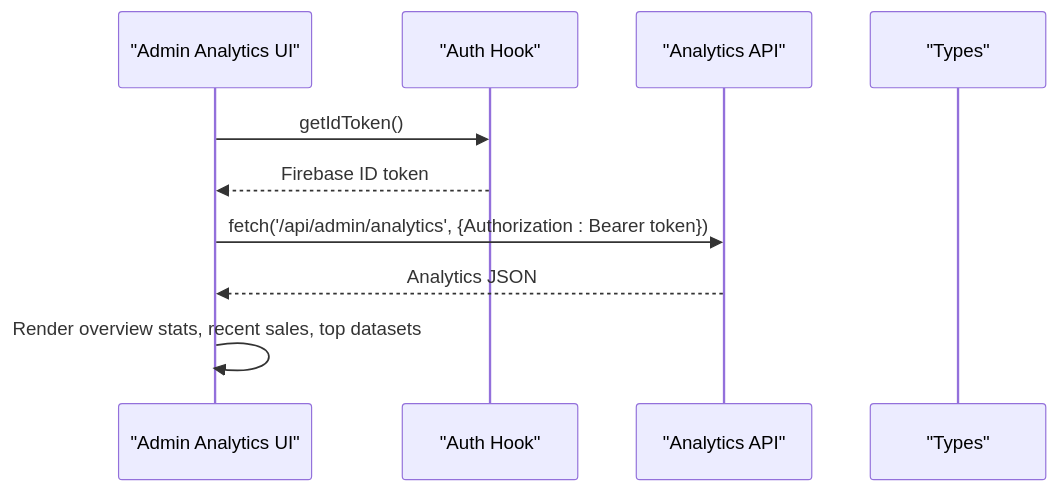
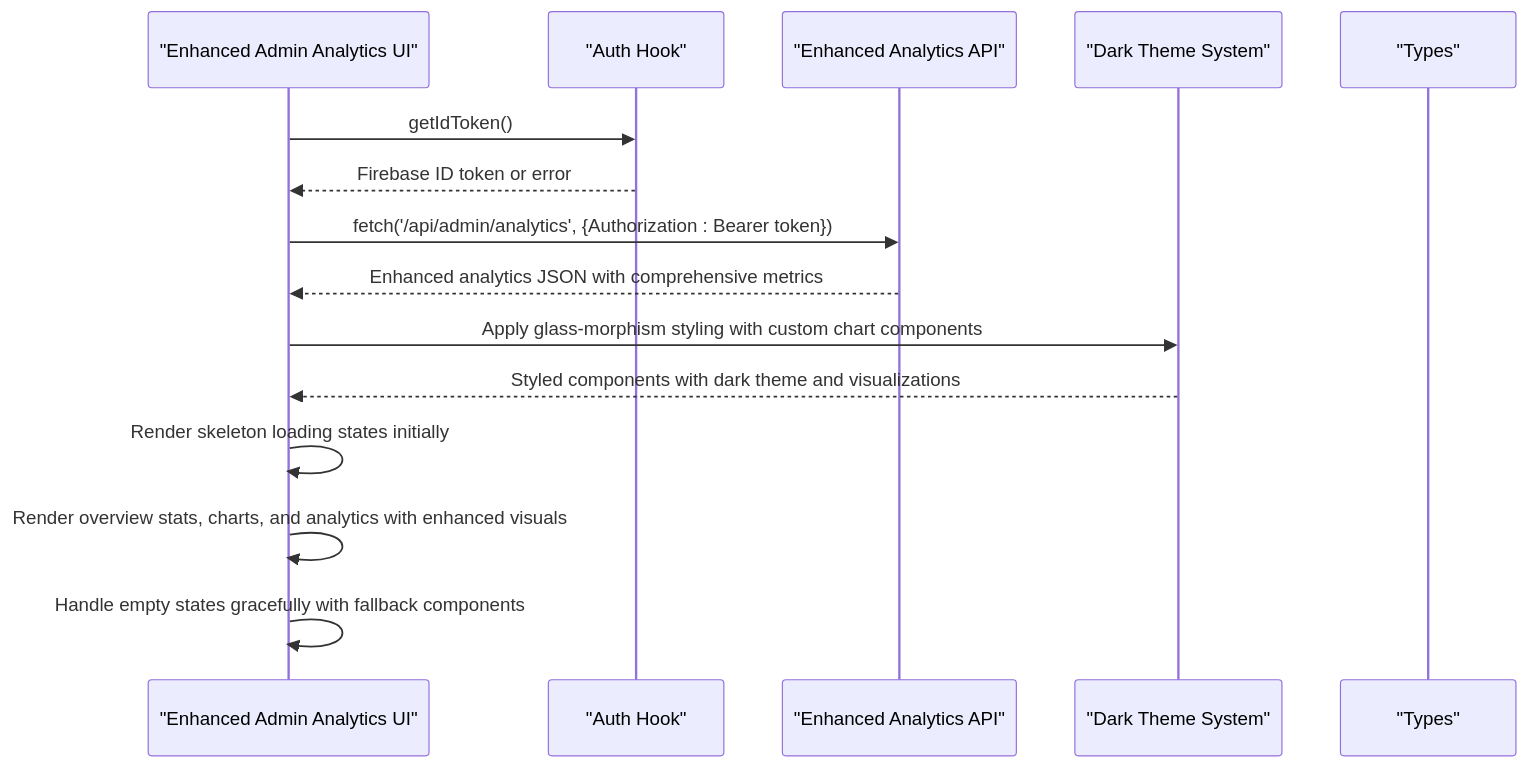
The sixth of 6 diagrams in .qoder/repowiki/en/content/Admin Panel/Analytics and Reporting System.md (alikizang/datafrica), drawn with Mermaid before and after one commit. The commit also changed other lines of this file and 21 other files, not shown here.

````diff
--- a/.qoder/repowiki/en/content/Admin Panel/Analytics and Reporting System.md
+++ b/.qoder/repowiki/en/content/Admin Panel/Analytics and Reporting System.md
@@ -188,12 +421,17 @@
 ```mermaid
 sequenceDiagram
-participant UI as "Admin Analytics UI"
+participant UI as "Enhanced Admin Analytics UI"
 participant Auth as "Auth Hook"
-participant API as "Analytics API"
+participant API as "Enhanced Analytics API"
+participant Theme as "Dark Theme System"
 participant Types as "Types"
 UI->>Auth : getIdToken()
-Auth-->>UI : Firebase ID token
+Auth-->>UI : Firebase ID token or error
 UI->>API : fetch('/api/admin/analytics', {Authorization : Bearer token})
-API-->>UI : Analytics JSON
-UI->>UI : Render overview stats, recent sales, top datasets
+API-->>UI : Enhanced analytics JSON with comprehensive metrics
+UI->>Theme : Apply glass-morphism styling with custom chart components
+Theme-->>UI : Styled components with dark theme and visualizations
+UI->>UI : Render skeleton loading states initially
+UI->>UI : Render overview stats, charts, and analytics with enhanced visuals
+UI->>UI : Handle empty states gracefully with fallback components
 ```
````
